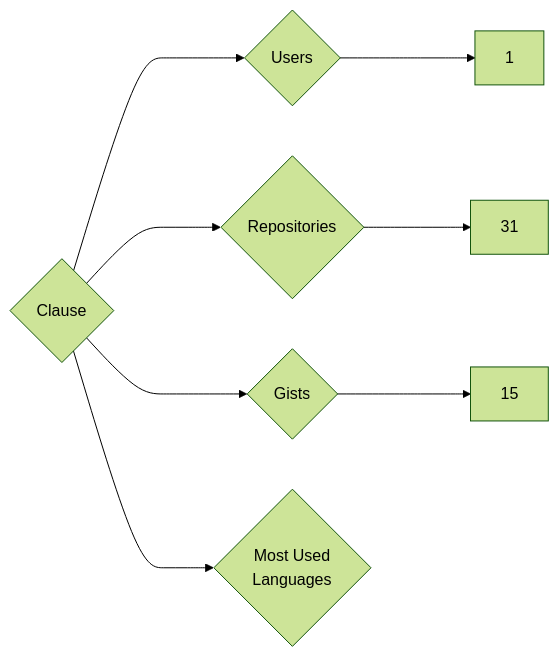
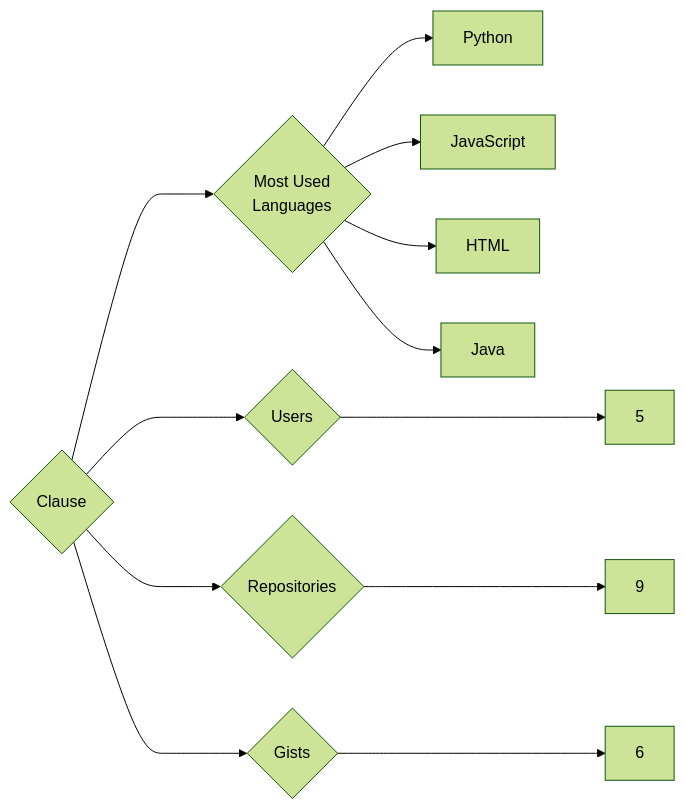
Before and after one commit to trickest/insiders: the diagram in targets/Clause/README.md, drawn with Mermaid (forest theme). The commit also changed 1078 other files, not shown here.

````diff
--- a/targets/Clause/README.md
+++ b/targets/Clause/README.md
@@ -3,8 +3,12 @@
 ```mermaid
 graph LR
 COMPANY_NAME{Clause}
-COMPANY_NAME ---> U{Users} ---> UN[1]
-COMPANY_NAME ---> R{Repositories} ---> RN[31]
-COMPANY_NAME ---> G{Gists} ---> GN[15]
+COMPANY_NAME ---> U{Users} ---> UN[5]
+COMPANY_NAME ---> R{Repositories} ---> RN[9]
+COMPANY_NAME ---> G{Gists} ---> GN[6]
 COMPANY_NAME ---> ML{Most Used<br>Languages}
+ML --> Python[Python]
+ML --> JavaScript[JavaScript]
+ML --> HTML[HTML]
+ML --> Java[Java]
 ```
````
